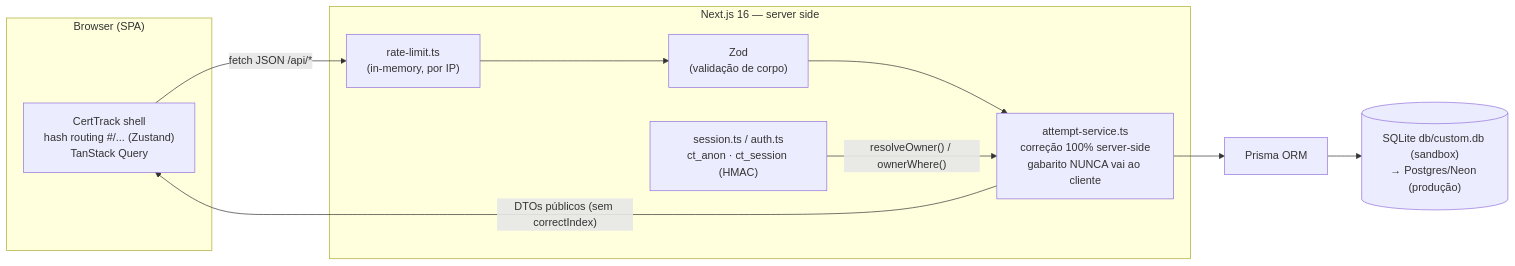
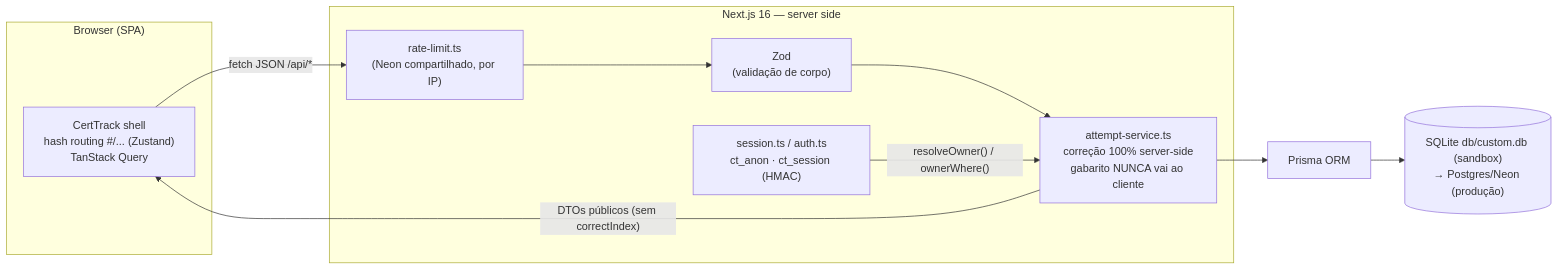
The first of 2 diagrams in docs/SDD.md (ironidesflj/ranvier), drawn with Mermaid before and after one commit. The commit also changed other lines of this file and 4 other files, not shown here.

````diff
--- a/docs/SDD.md
+++ b/docs/SDD.md
@@ -130,21 +132,21 @@
 ```mermaid
 flowchart LR
     subgraph Browser["Browser (SPA)"]
         UI["CertTrack shell<br/>hash routing #/... (Zustand)<br/>TanStack Query"]
     end
     subgraph Server["Next.js 16 — server side"]
-        RL["rate-limit.ts<br/>(in-memory, por IP)"]
+        RL["rate-limit.ts<br/>(Neon compartilhado, por IP)"]
         ZV["Zod<br/>(validação de corpo)"]
         SES["session.ts / auth.ts<br/>ct_anon · ct_session (HMAC)"]
         SVC["attempt-service.ts<br/>correção 100% server-side<br/>gabarito NUNCA vai ao cliente"]
     end
     PRISMA["Prisma ORM"]
     DB[("SQLite db/custom.db (sandbox)<br/>→ Postgres/Neon (produção)")]
 
     UI -- "fetch JSON /api/*" --> RL
     RL --> ZV
     ZV --> SVC
     SES -- "resolveOwner() / ownerWhere()" --> SVC
     SVC --> PRISMA --> DB
     SVC -- "DTOs públicos (sem correctIndex)" --> UI
 ```
````
